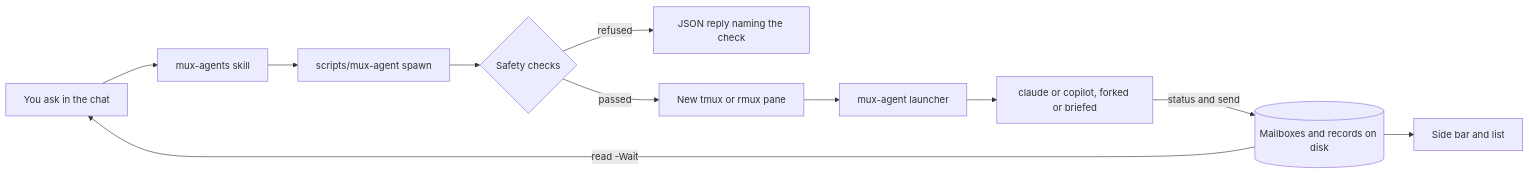
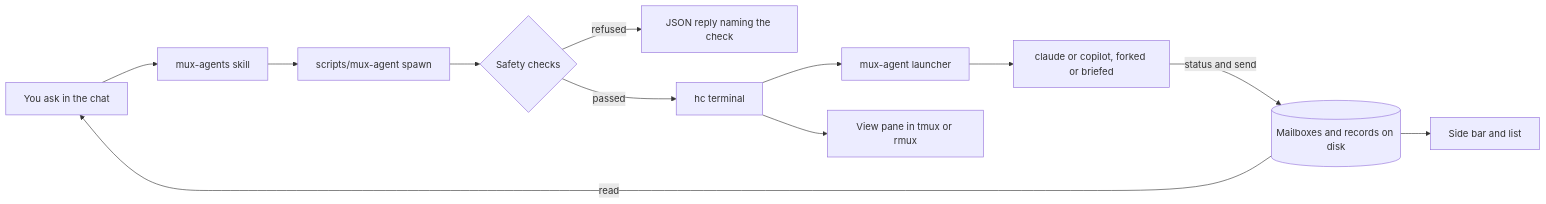
One commit to D0n9X1n/mux-agents changed the diagram in wiki/Usage-zh-CN.md. Above: the diagram before and after it, drawn with Mermaid. The commit also changed other lines of this file and 14 other files, not shown here.

````diff
--- a/wiki/Usage-zh-CN.md
+++ b/wiki/Usage-zh-CN.md
@@ -22,13 +22,14 @@
 ```mermaid
 flowchart LR
   you[You ask in the chat] --> skill[mux-agents skill]
   skill --> entry["scripts/mux-agent spawn"]
   entry --> checks{"Safety checks"}
   checks -- refused --> reply["JSON reply naming the check"]
-  checks -- passed --> pane["New tmux or rmux pane"]
-  pane --> launcher["mux-agent launcher"]
+  checks -- passed --> hc["hc terminal"]
+  hc --> launcher["mux-agent launcher"]
   launcher --> agent["claude or copilot, forked or briefed"]
+  hc --> view["View pane in tmux or rmux"]
   agent -- status and send --> mail[("Mailboxes and records on disk")]
   mail --> side["Side bar and list"]
-  mail -- read -Wait --> you
+  mail -- read --> you
 ```
````
